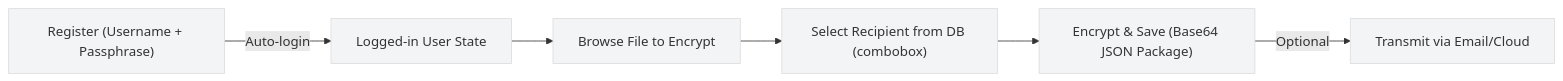
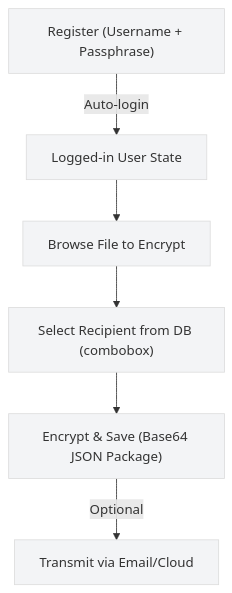
The diagram in QUICKSTART.md (Layba-khan01/Hybrid-Cryptography-System), drawn with Mermaid before and after one commit. The commit also changed other lines of this file and 2 other files, not shown here.

Commit message:
markdown finalization of hybrid cryptography system documentation

````diff
--- a/QUICKSTART.md
+++ b/QUICKSTART.md
@@ -26,11 +26,11 @@
 ```mermaid
 %%{init: {'themeVariables': { 'primaryTextColor': '#000000', 'secondaryTextColor': '#000000' }}}%%
-flowchart LR
+flowchart TD
 	R["Register (Username + Passphrase)"] -->|Auto-login| L["Logged-in User State"]
 	L --> B["Browse File to Encrypt"]
 	B --> S["Select Recipient from DB (combobox)"]
 	S --> E["Encrypt & Save (Base64 JSON Package)"]
 	E -->|Optional| T["Transmit via Email/Cloud"]
 	classDef gray fill:#f3f4f6,stroke:#ddd;
 	class R,L,B,S,E,T gray;
 ```
````
